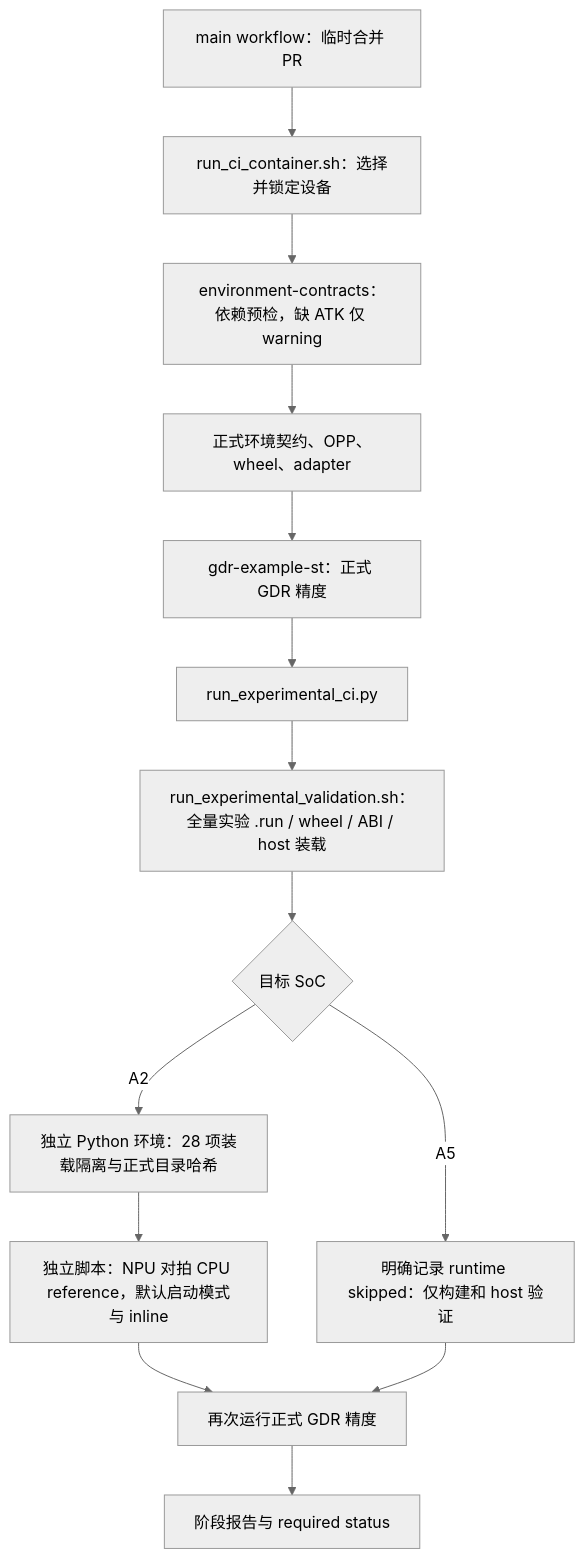
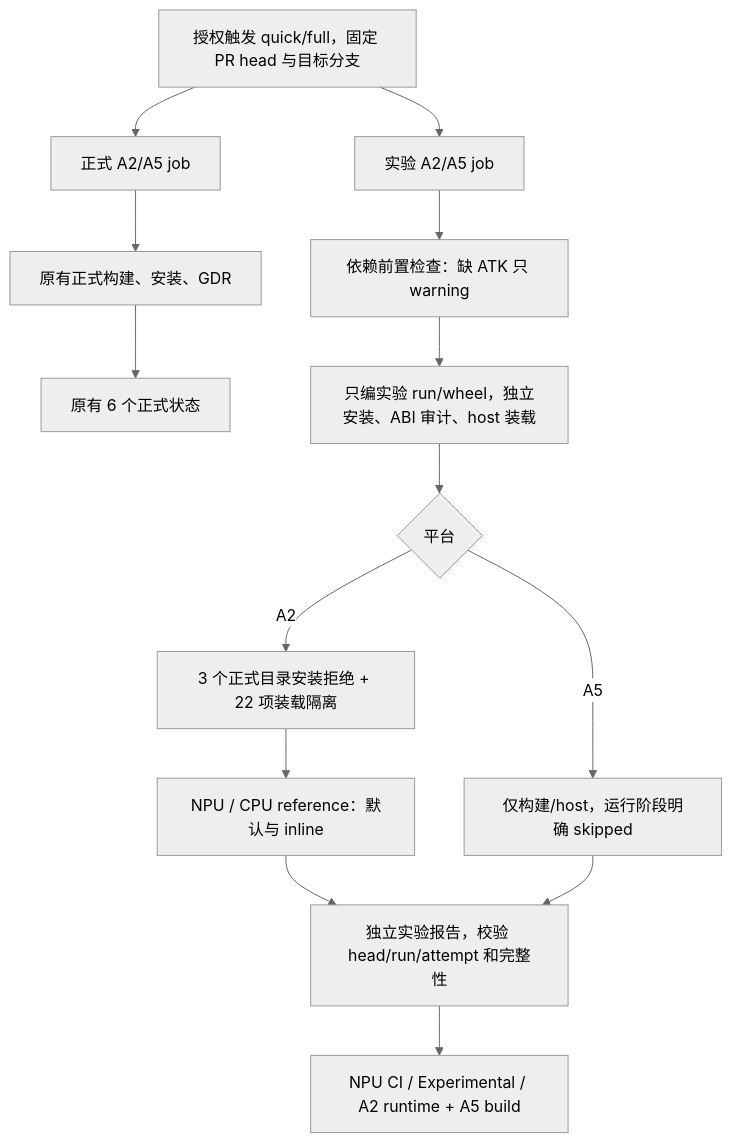
Before and after one commit to zzy1205/flash-linear-attention-npu: the second of 2 diagrams in docs/architecture/experimental 构建适配设计.md, drawn with Mermaid (neutral theme). The commit also changed other lines of this file and 52 other files, not shown here.

Commit message:
refactor(experimental): simplify validation and separate CI gate

````diff
--- a/docs/architecture/experimental 构建适配设计.md
+++ b/docs/architecture/experimental 构建适配设计.md
@@ -307,16 +283,16 @@
 ```mermaid
 flowchart TD
-    A[main workflow：临时合并 PR] --> B[run_ci_container.sh：选择并锁定设备]
-    B --> P[environment-contracts：依赖预检，缺 ATK 仅 warning]
-    P --> C[正式环境契约、OPP、wheel、adapter]
-    C --> D[gdr-example-st：正式 GDR 精度]
-    D --> E[run_experimental_ci.py]
-    E --> F[run_experimental_validation.sh：全量实验 .run / wheel / ABI / host 装载]
-    F --> G{目标 SoC}
-    G -->|A2| H[独立 Python 环境：28 项装载隔离与正式目录哈希]
-    H --> I[独立脚本：NPU 对拍 CPU reference，默认启动模式与 inline]
-    G -->|A5| J[明确记录 runtime skipped：仅构建和 host 验证]
-    I --> K[再次运行正式 GDR 精度]
-    J --> K
-    K --> L[阶段报告与 required status]
+    P[授权触发 quick/full，固定 PR head 与目标分支] --> F[正式 A2/A5 job]
+    P --> E[实验 A2/A5 job]
+    F --> FC[原有正式构建、安装、GDR]
+    FC --> FS[原有 6 个正式状态]
+    E --> D[依赖前置检查：缺 ATK 只 warning]
+    D --> B[只编实验 run/wheel，独立安装、ABI 审计、host 装载]
+    B --> S{平台}
+    S -->|A2| I[3 个正式目录安装拒绝 + 22 项装载隔离]
+    I --> A[NPU / CPU reference：默认与 inline]
+    S -->|A5| H[仅构建/host，运行阶段明确 skipped]
+    A --> R[独立实验报告，校验 head/run/attempt 和完整性]
+    H --> R
+    R --> ES[NPU CI / Experimental / A2 runtime + A5 build]
 ```
````
